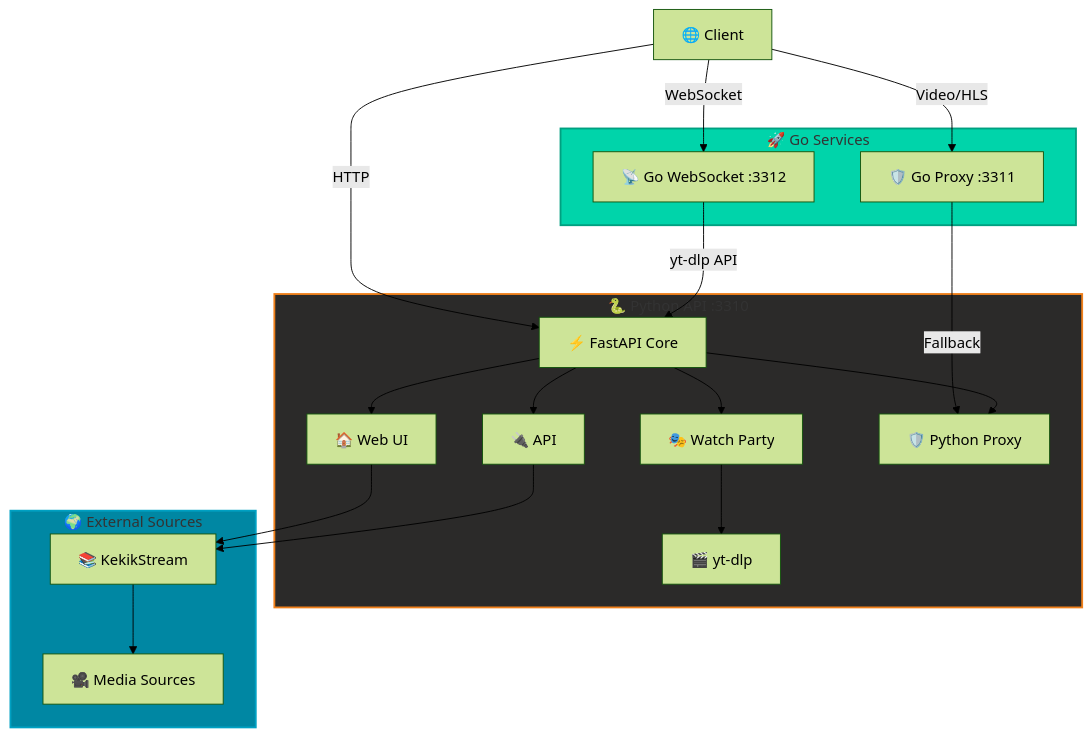
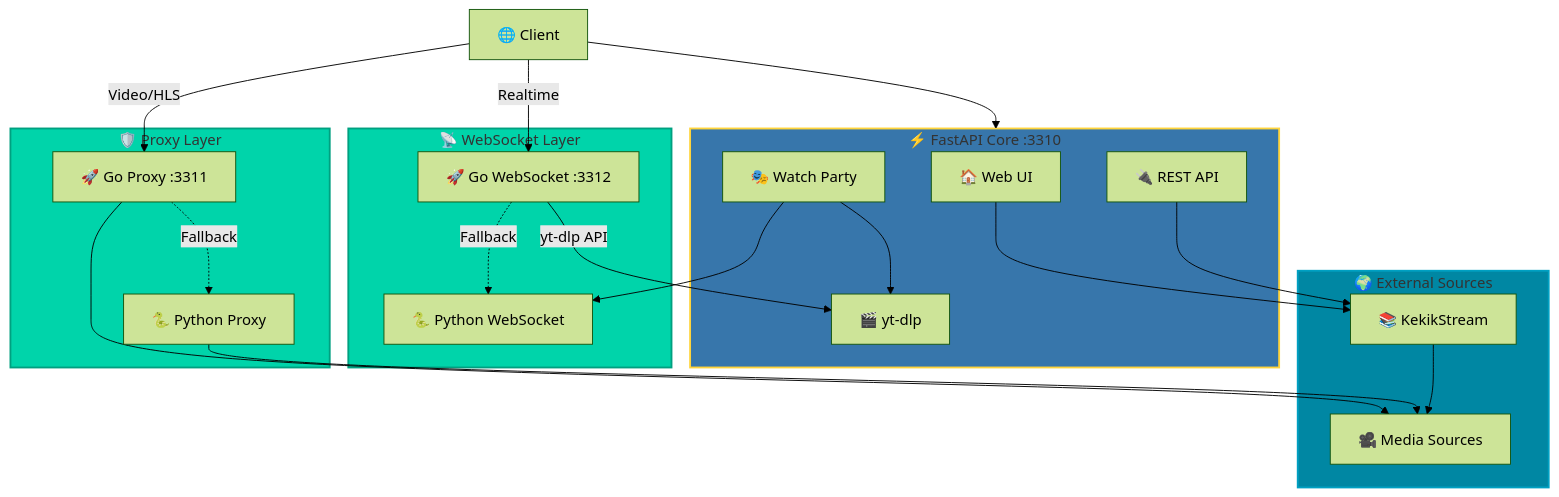
One commit to keyiflerolsun/KekikStreamAPI changed the diagram in README.md. Above: the diagram before and after it, drawn with Mermaid (forest theme).

Commit message:
feat: Go/Python WebSocket parity, yt-dlp API, fixed ports, updated README architecture diagram

````diff
--- a/README.md
+++ b/README.md
@@ -82,45 +82,49 @@
 ```mermaid
 graph TB
     Client[🌐 Client]
     
-    subgraph GoServices[🚀 Go Services]
-        GoProxy[🛡️ Go Proxy :3311]
-        GoWS[📡 Go WebSocket :3312]
+    subgraph Core[⚡ FastAPI Core :3310]
+        Home[🏠 Web UI]
+        API[🔌 REST API]
+        WatchParty[🎭 Watch Party]
+        YtDlp[🎬 yt-dlp]
     end
     
-    subgraph PythonAPI[🐍 Python API :3310]
-        FastAPI[⚡ FastAPI Core]
-        Home[🏠 Web UI]
-        API[🔌 API]
-        WatchParty[🎭 Watch Party]
-        Proxy[🛡️ Python Proxy]
-        YtDlp[🎬 yt-dlp]
+    subgraph ProxyLayer[🛡️ Proxy Layer]
+        GoProxy[🚀 Go Proxy :3311]
+        PyProxy[🐍 Python Proxy]
+    end
+    
+    subgraph WebSocketLayer[📡 WebSocket Layer]
+        GoWS[🚀 Go WebSocket :3312]
+        PyWS[🐍 Python WebSocket]
     end
     
     subgraph External[🌍 External Sources]
         KekikStream[📚 KekikStream]
         MediaSources[🎥 Media Sources]
     end
     
+    Client --> Core
     Client -->|Video/HLS| GoProxy
-    Client -->|WebSocket| GoWS
-    Client -->|HTTP| FastAPI
+    Client -->|Realtime| GoWS
     
-    GoWS -->|yt-dlp API| FastAPI
-    GoProxy -->|Fallback| Proxy
+    GoProxy -.->|Fallback| PyProxy
+    GoWS -.->|Fallback| PyWS
+    GoWS -->|yt-dlp API| YtDlp
     
-    FastAPI --> Home
-    FastAPI --> API
-    FastAPI --> WatchParty
-    FastAPI --> Proxy
-    
-    Home --> KekikStream
-    API --> KekikStream
+    WatchParty --> PyWS
     WatchParty --> YtDlp
     
+    API --> KekikStream
+    Home --> KekikStream
     KekikStream --> MediaSources
+    
+    PyProxy --> MediaSources
+    GoProxy --> MediaSources
 
-    style GoServices fill:#00d4aa,stroke:#00a080,stroke-width:2px
-    style PythonAPI fill:#2b2a29,stroke:#ef7f1a,stroke-width:2px
+    style Core fill:#3776ab,stroke:#ffd43b,stroke-width:2px
+    style ProxyLayer fill:#00d4aa,stroke:#00a080,stroke-width:2px
+    style WebSocketLayer fill:#00d4aa,stroke:#00a080,stroke-width:2px
     style External fill:#0087a3,stroke:#00a0c2,stroke-width:2px
 ```
````
